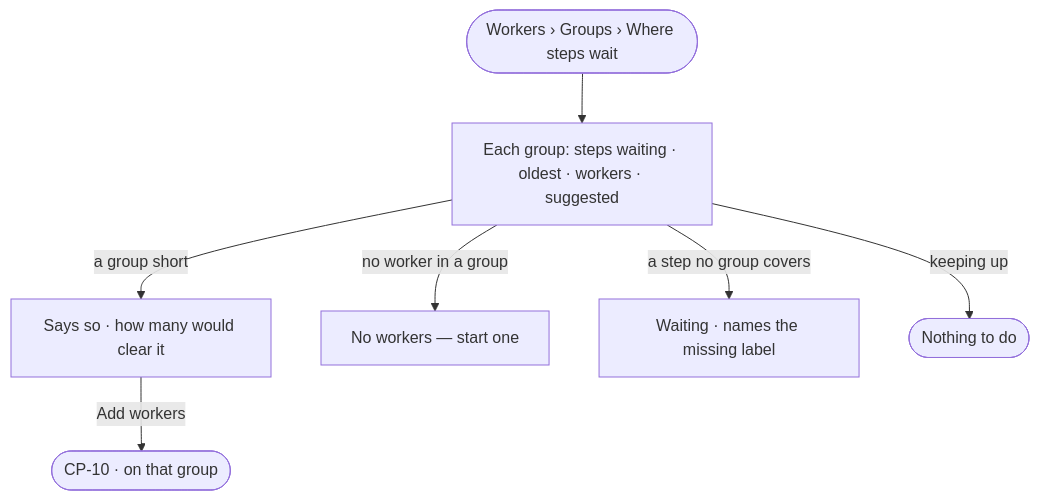
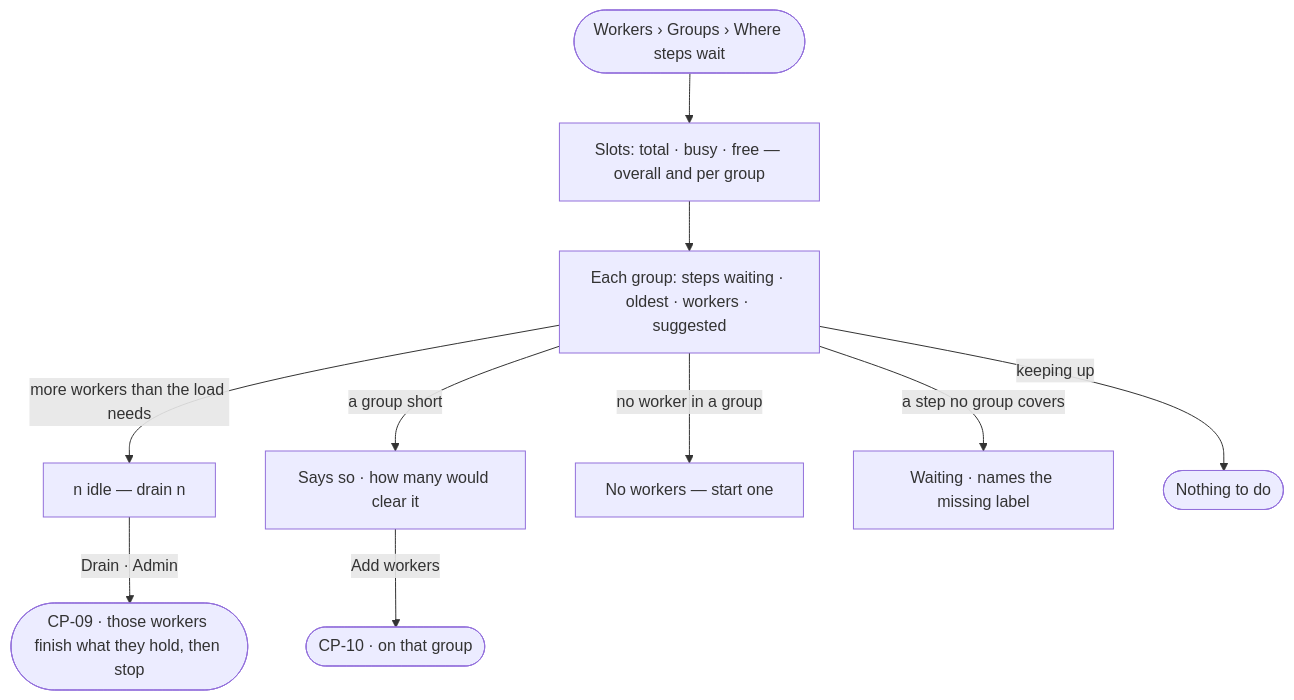
The diagram in specs/os/control/features/CP-F03-workers-and-the-queue/stories/CP-08-see-how-many-workers-each-group-needs/story.md (invana/invana), drawn with Mermaid before and after one commit. The commit also changed other lines of this file and 54 other files, not shown here.

First line of the commit message:
docs(specs): many graph databases by access, links within one database, Model views restored

````diff
--- a/specs/os/control/features/CP-F03-workers-and-the-queue/stories/CP-08-see-how-many-workers-each-group-needs/story.md
+++ b/specs/os/control/features/CP-F03-workers-and-the-queue/stories/CP-08-see-how-many-workers-each-group-needs/story.md
@@ -26,9 +27,12 @@
 ```mermaid
 flowchart TD
-  s([Workers › Groups › Where steps wait]) --> g["Each group: steps waiting · oldest · workers · suggested"]
+  s([Workers › Groups › Where steps wait]) --> sl["Slots: total · busy · free — overall and per group"]
+  sl --> g["Each group: steps waiting · oldest · workers · suggested"]
+  g -->|more workers than the load needs| idle["n idle — drain n"]
+  idle -->|Drain · Admin| dr(["CP-09 · those workers finish what they hold, then stop"])
   g -->|a group short| c["Says so · how many would clear it"]
   c -->|Add workers| add(["CP-10 · on that group"])
   g -->|no worker in a group| nw["No workers — start one"]
   g -->|a step no group covers| un["Waiting · names the missing label"]
   g -->|keeping up| ok(["Nothing to do"])
 ```
````
